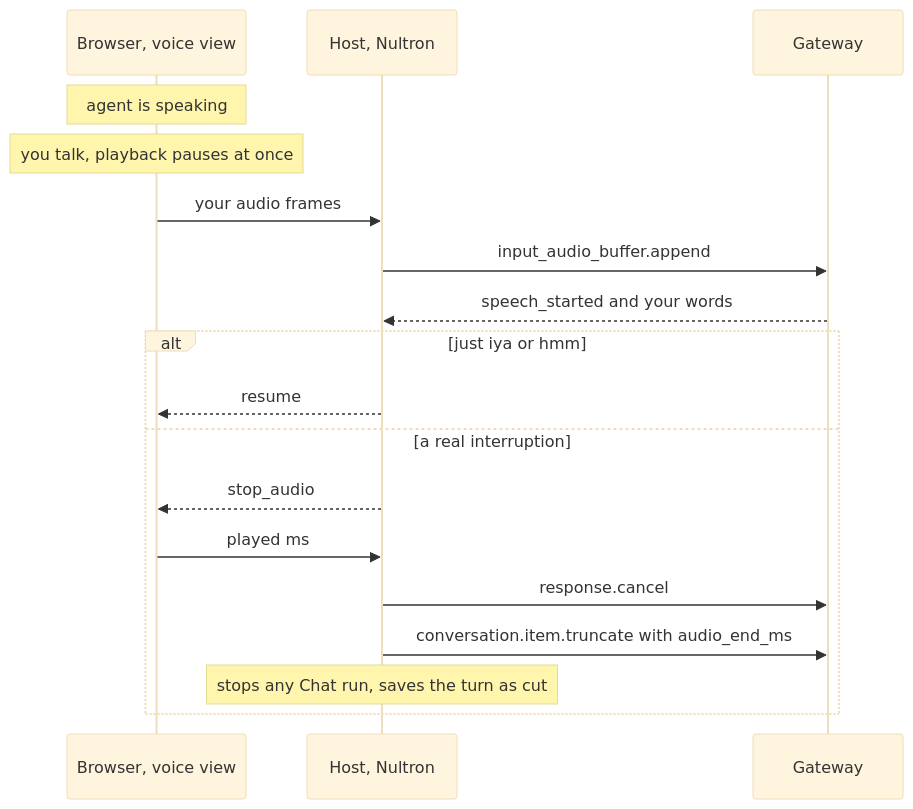
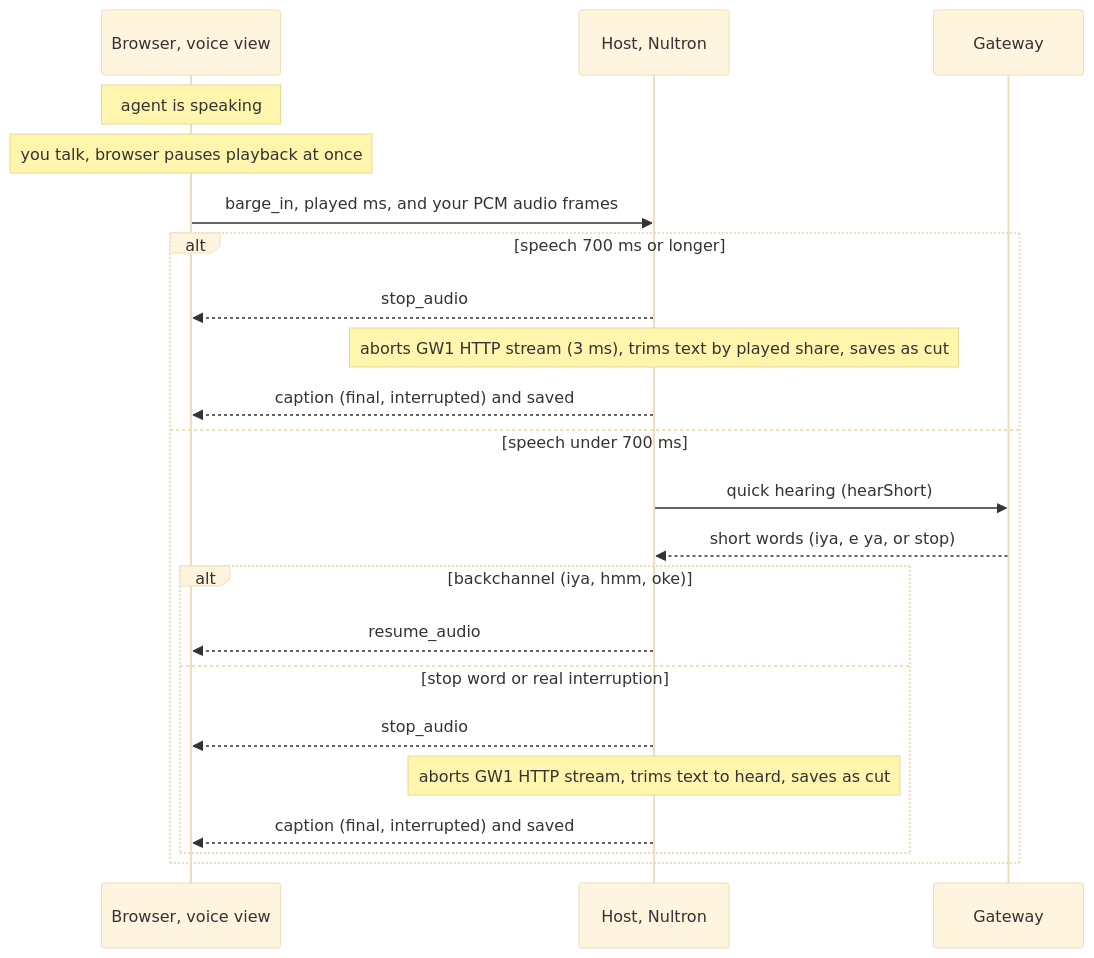
The fifth of 9 diagrams in docs/internal/voice-mode-plan.md (Kyoo032/Nultron), drawn with Mermaid (base theme) before and after one commit. The commit also changed other lines of this file, not shown here.

First line of the commit message:
docs(voice): the plan after Day 0, an HTTP talker

````diff
--- a/docs/internal/voice-mode-plan.md
+++ b/docs/internal/voice-mode-plan.md
@@ -243,20 +298,24 @@
 ```mermaid
 sequenceDiagram
   participant B as Browser, voice view
   participant H as Host, Nultron
   participant G as Gateway
   Note over B: agent is speaking
-  Note over B: you talk, playback pauses at once
-  B->>H: your audio frames
-  H->>G: input_audio_buffer.append
-  G-->>H: speech_started and your words
-  alt just iya or hmm
-    H-->>B: resume
-  else a real interruption
+  Note over B: you talk, browser pauses playback at once
+  B->>H: barge_in, played ms, and your PCM audio frames
+  alt speech 700 ms or longer
     H-->>B: stop_audio
-    B->>H: played ms
-    H->>G: response.cancel
-    H->>G: conversation.item.truncate with audio_end_ms
-    Note over H: stops any Chat run, saves the turn as cut
+    Note over H: aborts GW1 HTTP stream (3 ms), trims text by played share, saves as cut
+    H-->>B: caption (final, interrupted) and saved
+  else speech under 700 ms
+    H->>G: quick hearing (hearShort)
+    G-->>H: short words (iya, e ya, or stop)
+    alt backchannel (iya, hmm, oke)
+      H-->>B: resume_audio
+    else stop word or real interruption
+      H-->>B: stop_audio
+      Note over H: aborts GW1 HTTP stream, trims text to heard, saves as cut
+      H-->>B: caption (final, interrupted) and saved
+    end
   end
 ```
````
